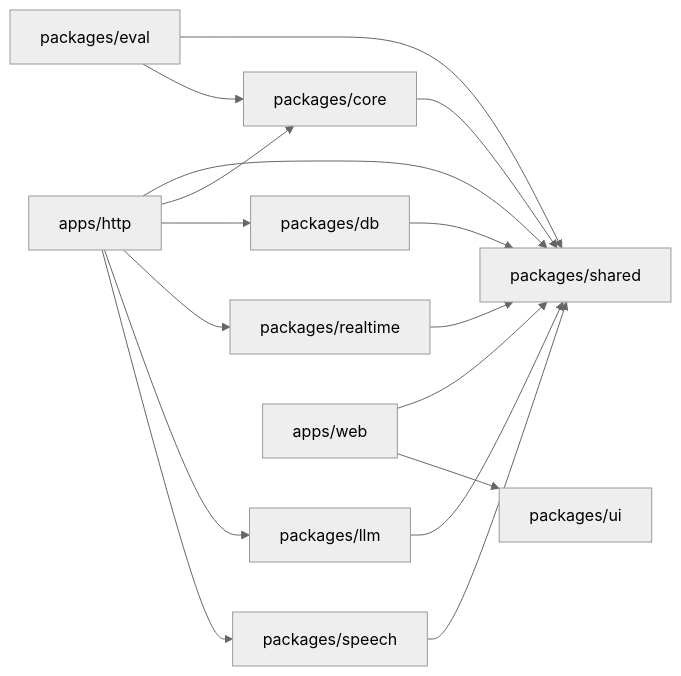
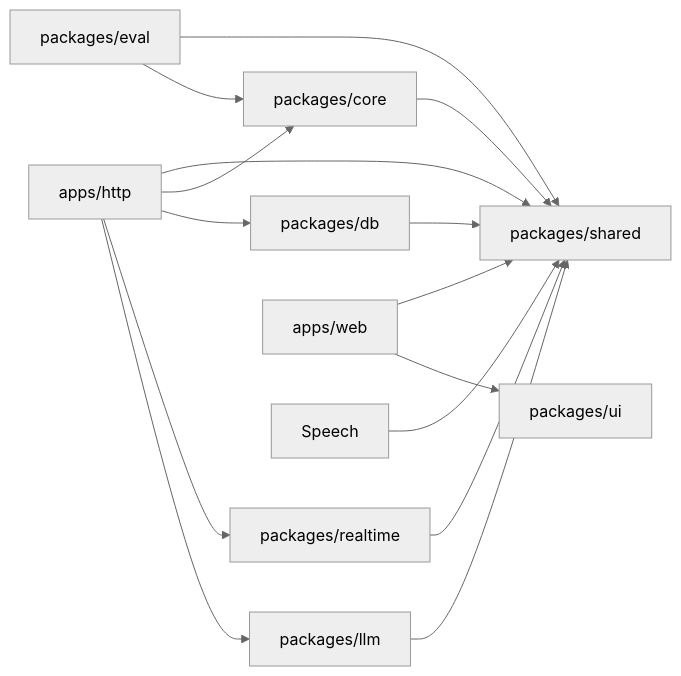
Before and after one commit to RitikaxG/sherlock-challenge: the second of 2 diagrams in ARCHITECTURE.md, drawn with Mermaid (neutral theme). The commit also changed other lines of this file and 25 other files, not shown here.

````diff
--- a/ARCHITECTURE.md
+++ b/ARCHITECTURE.md
@@ -102,18 +102,17 @@
 ```mermaid
 flowchart LR
   HTTP["apps/http"] --> Shared["packages/shared"]
   HTTP --> Core["packages/core"]
   HTTP --> DB["packages/db"]
   HTTP --> Realtime["packages/realtime"]
   HTTP --> LLM["packages/llm"]
-  HTTP --> Speech["packages/speech"]
   Web["apps/web"] --> Shared
   Web --> UI["packages/ui"]
   Eval["packages/eval"] --> Shared
   Eval --> Core
   Core --> Shared
   DB --> Shared
   Realtime --> Shared
   LLM --> Shared
   Speech --> Shared
 ```
````
